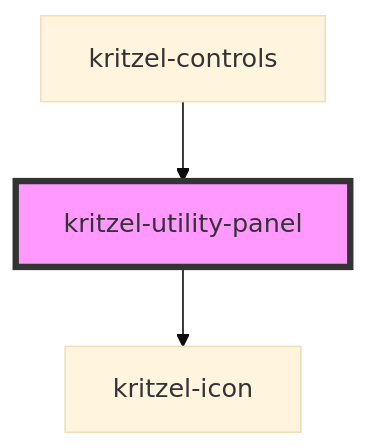
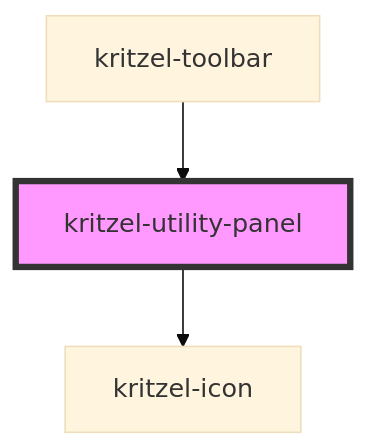
One commit to kasual1/kritzel changed the diagram in libs/kritzel-stencil/src/components/ui/kritzel-utility-panel/readme.md. Above: the diagram before and after it, drawn with Mermaid (base theme). The commit also changed other lines of this file and 114 other files, not shown here.

Commit message:
#403: Rename controls to toolbar

````diff
--- a/libs/kritzel-stencil/src/components/ui/kritzel-utility-panel/readme.md
+++ b/libs/kritzel-stencil/src/components/ui/kritzel-utility-panel/readme.md
@@ -36,6 +36,6 @@
 ```mermaid
 graph TD;
   kritzel-utility-panel --> kritzel-icon
-  kritzel-controls --> kritzel-utility-panel
+  kritzel-toolbar --> kritzel-utility-panel
   style kritzel-utility-panel fill:#f9f,stroke:#333,stroke-width:4px
 ```
````
